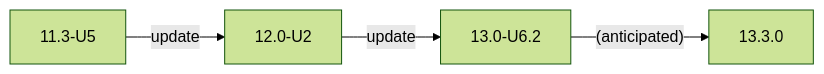
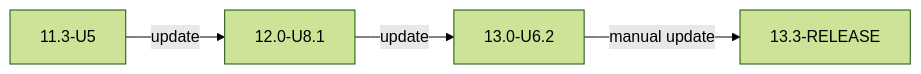
Before and after one commit to truenas/documentation: the first of 2 diagrams in static/includes/COREUpgradePaths.md, drawn with Mermaid (forest theme). The commit also changed other lines of this file and 2 other files, not shown here.

Commit message:
PD-1357: Update release lists, schedules, and upgrade paths (primarily for software releases page)
- Update generally to move 12.0 to archivals, 13.0 to enterprise-specific or previous major verion, and 13.3 to community-specific and current major version
- Set next CORE major version to TBD
- Update upgrade paths to show correct 12.0 version and note community update to 13.3 and no (current) Enterprise upgrade path from 13.0-U6.2

```diff
--- a/static/includes/COREUpgradePaths.md
+++ b/static/includes/COREUpgradePaths.md
@@ -12,6 +12,6 @@
       {{< mermaid class="mermaid_sizing" >}}
       flowchart LR
-      A["11.3-U5"] -->|update| B["12.0-U2"]
+      A["11.3-U5"] -->|update| B["12.0-U8.1"]
       B -->|update| C["13.0-U6.2"]
-      C -->|"(anticipated)"| D["13.3.0"]
+      C -->|manual update| D["13.3-RELEASE"]
       {{< /mermaid >}}
```
